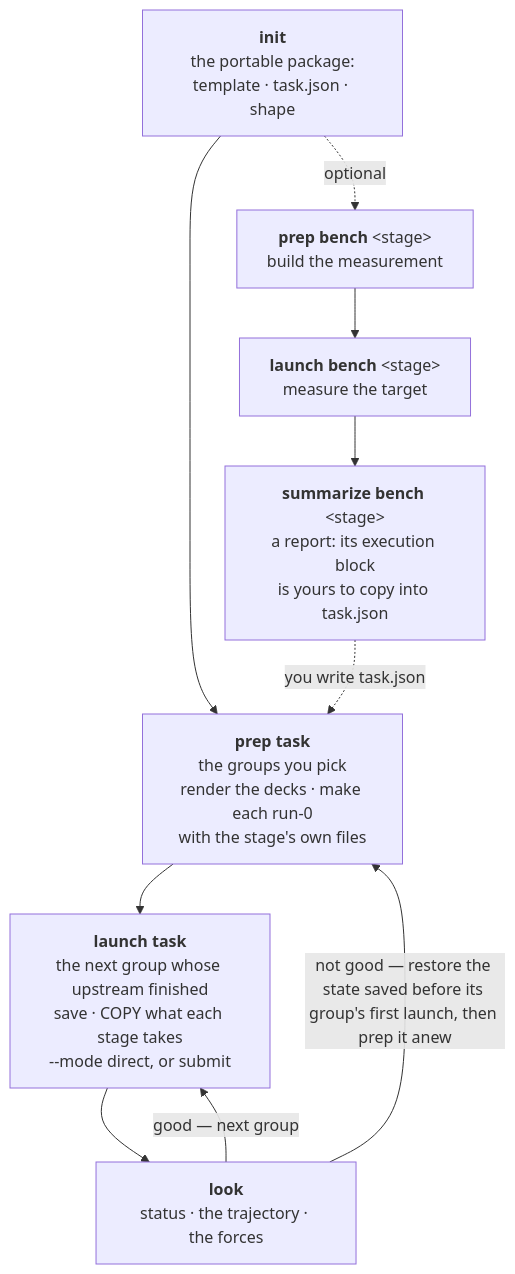
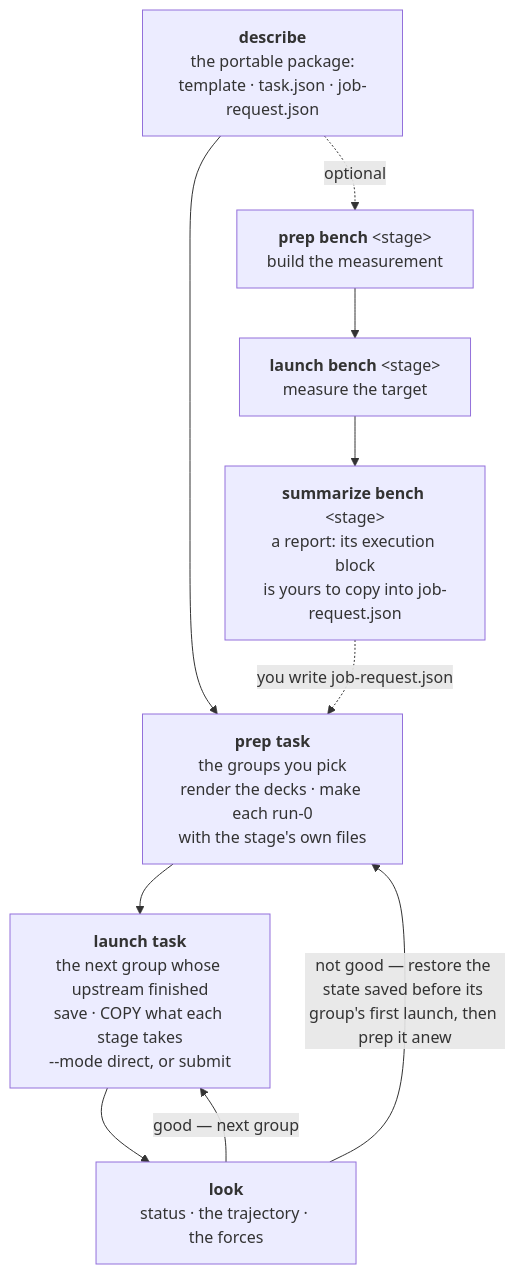
Before and after one commit to Qing-LAB/molbuilder: diagram 12 of 19 in docs/execution/job-system.md, drawn with Mermaid. The commit also changed other lines of this file and 196 other files, not shown here.

````diff
--- a/docs/execution/job-system.md
+++ b/docs/execution/job-system.md
@@ -1916,15 +1943,15 @@
 ```mermaid
 flowchart TD
-    D["<b>init</b><br/>the portable package:<br/>template · task.json · shape"]
+    D["<b>describe</b><br/>the portable package:<br/>template · task.json · job-request.json"]
     PB["<b>prep bench</b> &lt;stage&gt;<br/>build the measurement"]
     SB["<b>launch bench</b> &lt;stage&gt;<br/>measure the target"]
-    SM["<b>summarize bench</b> &lt;stage&gt;<br/>a report: its execution block<br/>is yours to copy into task.json"]
+    SM["<b>summarize bench</b> &lt;stage&gt;<br/>a report: its execution block<br/>is yours to copy into job-request.json"]
     PR["<b>prep task</b><br/>the groups you pick<br/>render the decks · make each run-0<br/>with the stage's own files"]
     SR["<b>launch task</b><br/>the next group whose upstream finished<br/>save · COPY what each stage takes<br/>--mode direct, or submit"]
     L["<b>look</b><br/>status · the trajectory · the forces"]
     D --> PR
-    D -. optional .-> PB --> SB --> SM -. "you write task.json" .-> PR
+    D -. optional .-> PB --> SB --> SM -. "you write job-request.json" .-> PR
     PR --> SR --> L
     L -->|"good — next group"| SR
     L -->|"not good — restore the state saved before its group's first launch, then prep it anew"| PR
 ```
````
